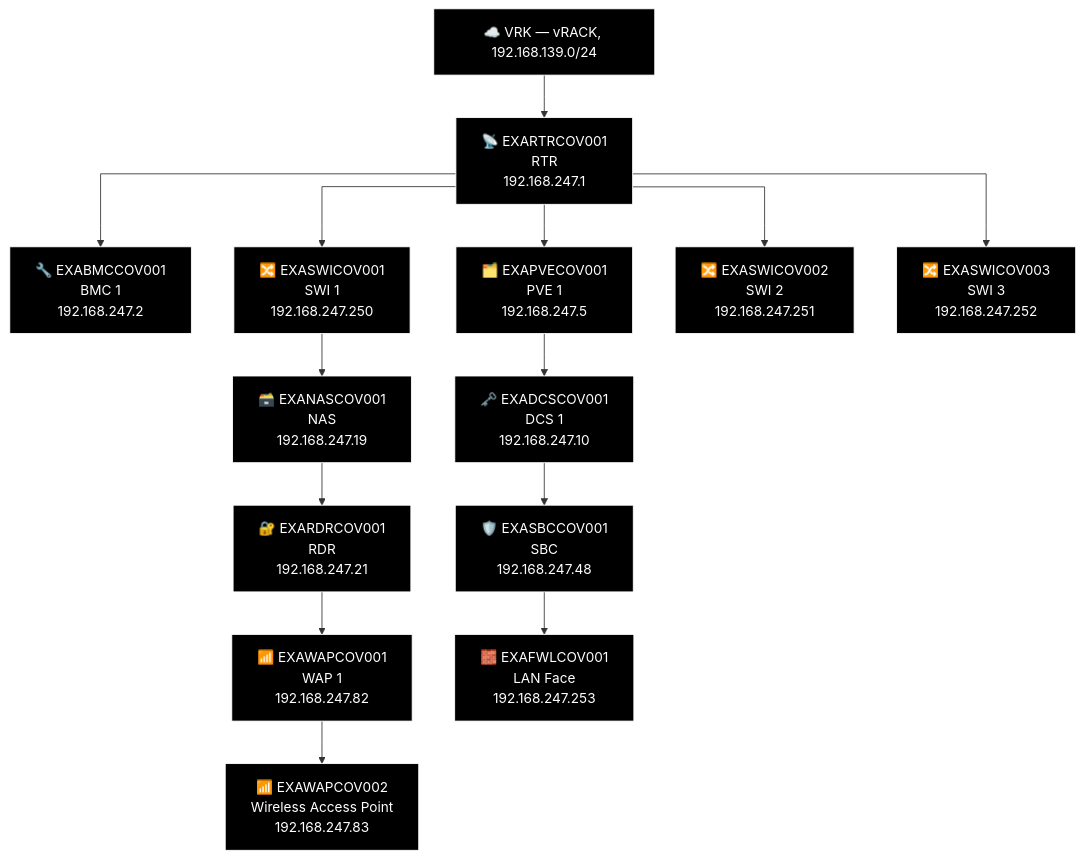
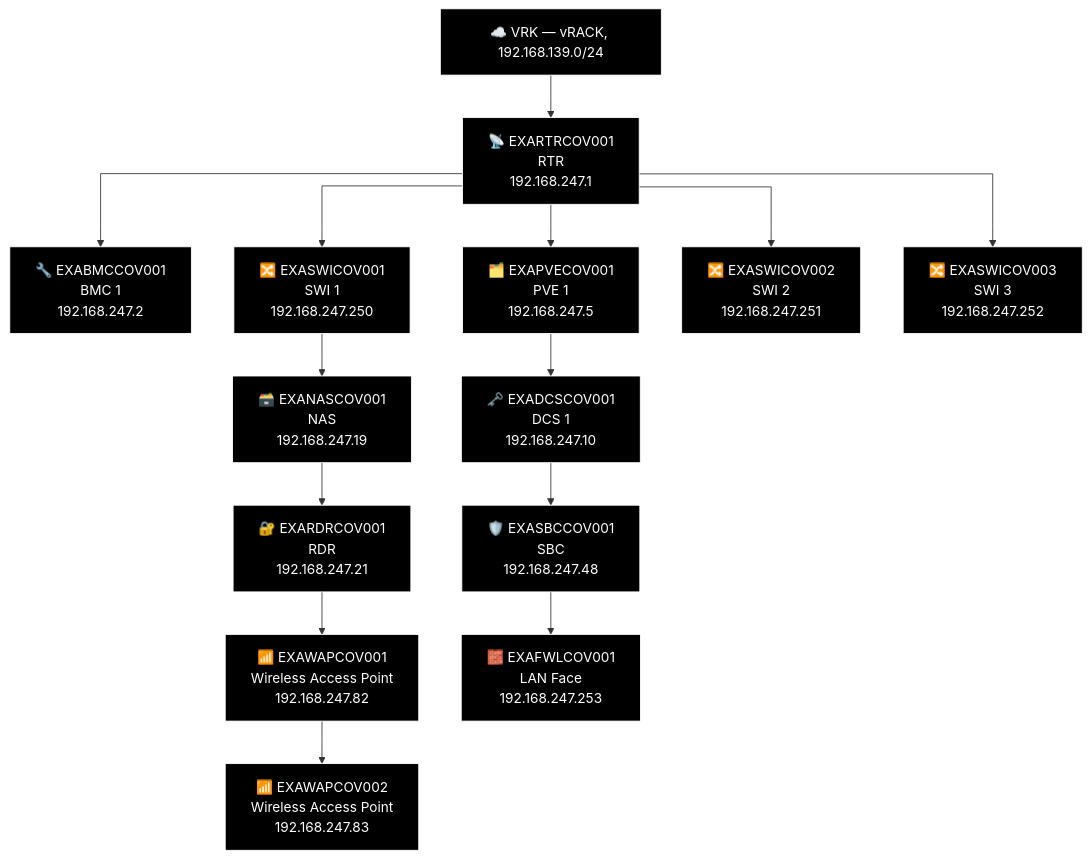
Diagram 27 of 27 in docs/network-diagram/england.md (knightmare2600/example_music_infra), drawn with Mermaid before and after one commit. The commit also changed other lines of this file and 36 other files, not shown here.

````diff
--- a/docs/network-diagram/england.md
+++ b/docs/network-diagram/england.md
@@ -1191,42 +1186,42 @@
 ```mermaid
 %% GENERATED:TOPOLOGY:COV:START
 %%{init: {'flowchart': {'curve': 'stepAfter'}}}%%
 graph TD
     T_VRK["☁️ VRK — vRACK, 192.168.139.0/24"]
     T_RTR["📡 EXARTRCOV001<br/>RTR<br/>192.168.247.1"]
     T_VRK --> T_RTR
     T_BMC["🔧 EXABMCCOV001<br/>BMC 1<br/>192.168.247.2"]
     T_RTR --> T_BMC
     T_PVE["🗂️ EXAPVECOV001<br/>PVE 1<br/>192.168.247.5"]
     T_RTR --> T_PVE
     T_SWI["🔀 EXASWICOV001<br/>SWI 1<br/>192.168.247.250"]
     T_RTR --> T_SWI
     T_SWI2["🔀 EXASWICOV002<br/>SWI 2<br/>192.168.247.251"]
     T_RTR --> T_SWI2
     T_SWI3["🔀 EXASWICOV003<br/>SWI 3<br/>192.168.247.252"]
     T_RTR --> T_SWI3
     T_NAS["🗃️ EXANASCOV001<br/>NAS<br/>192.168.247.19"]
     T_RDR["🔐 EXARDRCOV001<br/>RDR<br/>192.168.247.21"]
-    T_WAP["📶 EXAWAPCOV001<br/>WAP 1<br/>192.168.247.82"]
+    T_WAP["📶 EXAWAPCOV001<br/>Wireless Access Point<br/>192.168.247.82"]
     T_WAP2["📶 EXAWAPCOV002<br/>Wireless Access Point<br/>192.168.247.83"]
     T_SWI --> T_NAS --> T_RDR --> T_WAP --> T_WAP2
     T_DCS["🗝️ EXADCSCOV001<br/>DCS 1<br/>192.168.247.10"]
     T_SBC["🛡️ EXASBCCOV001<br/>SBC<br/>192.168.247.48"]
     T_FWL["🧱 EXAFWLCOV001<br/>LAN Face<br/>192.168.247.253"]
     T_PVE --> T_DCS --> T_SBC --> T_FWL
     style T_VRK fill:#000000,stroke:#FFFFFF,color:#FFFFFF
     style T_RTR fill:#000000,stroke:#FFFFFF,color:#FFFFFF
     style T_BMC fill:#000000,stroke:#FFFFFF,color:#FFFFFF
     style T_PVE fill:#000000,stroke:#FFFFFF,color:#FFFFFF
     style T_SWI fill:#000000,stroke:#FFFFFF,color:#FFFFFF
     style T_SWI2 fill:#000000,stroke:#FFFFFF,color:#FFFFFF
     style T_SWI3 fill:#000000,stroke:#FFFFFF,color:#FFFFFF
     style T_NAS fill:#000000,stroke:#FFFFFF,color:#FFFFFF
     style T_RDR fill:#000000,stroke:#FFFFFF,color:#FFFFFF
     style T_WAP fill:#000000,stroke:#FFFFFF,color:#FFFFFF
     style T_WAP2 fill:#000000,stroke:#FFFFFF,color:#FFFFFF
     style T_DCS fill:#000000,stroke:#FFFFFF,color:#FFFFFF
     style T_SBC fill:#000000,stroke:#FFFFFF,color:#FFFFFF
     style T_FWL fill:#000000,stroke:#FFFFFF,color:#FFFFFF
 %% GENERATED:TOPOLOGY:COV:END
 ```
````
